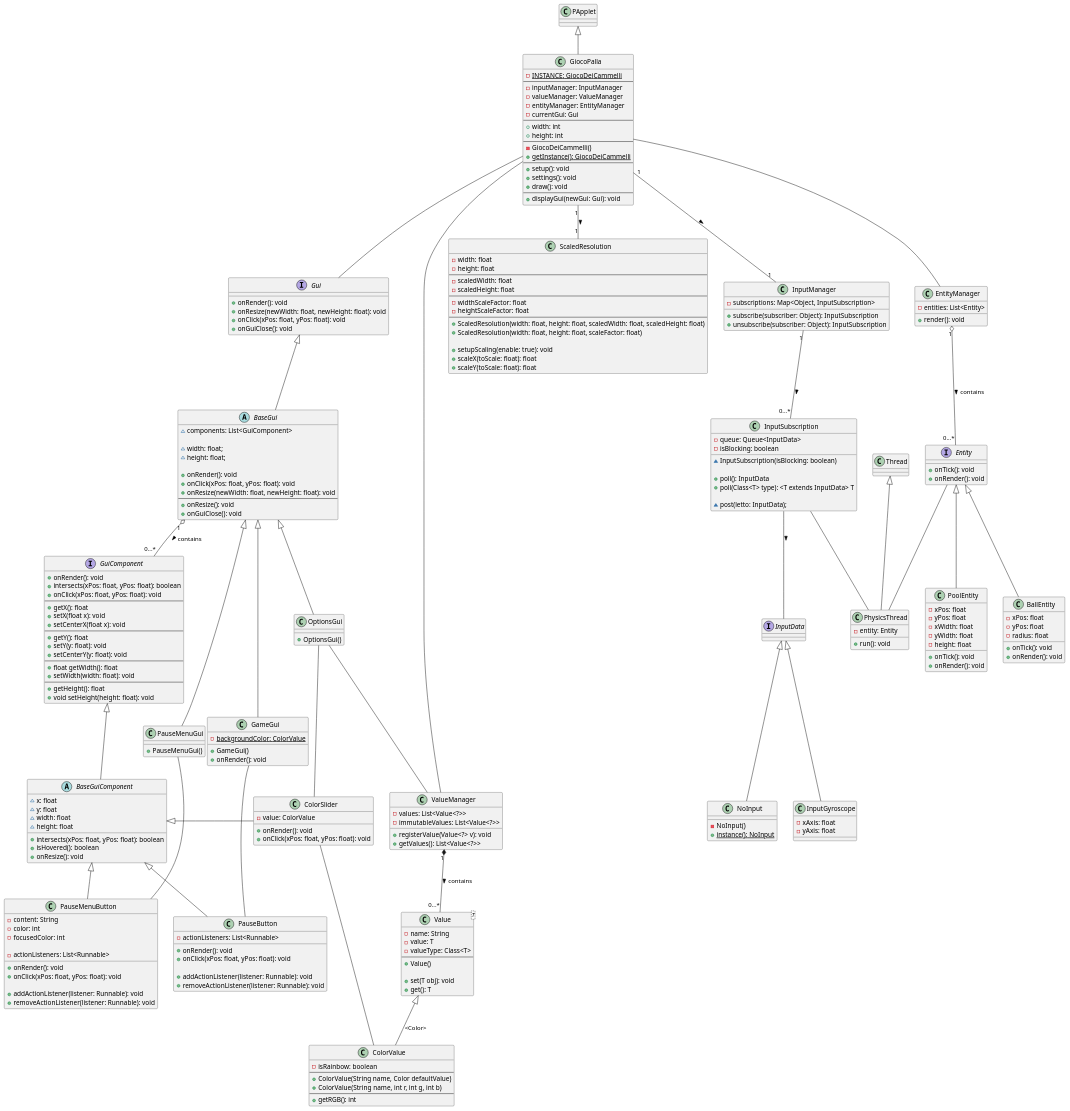
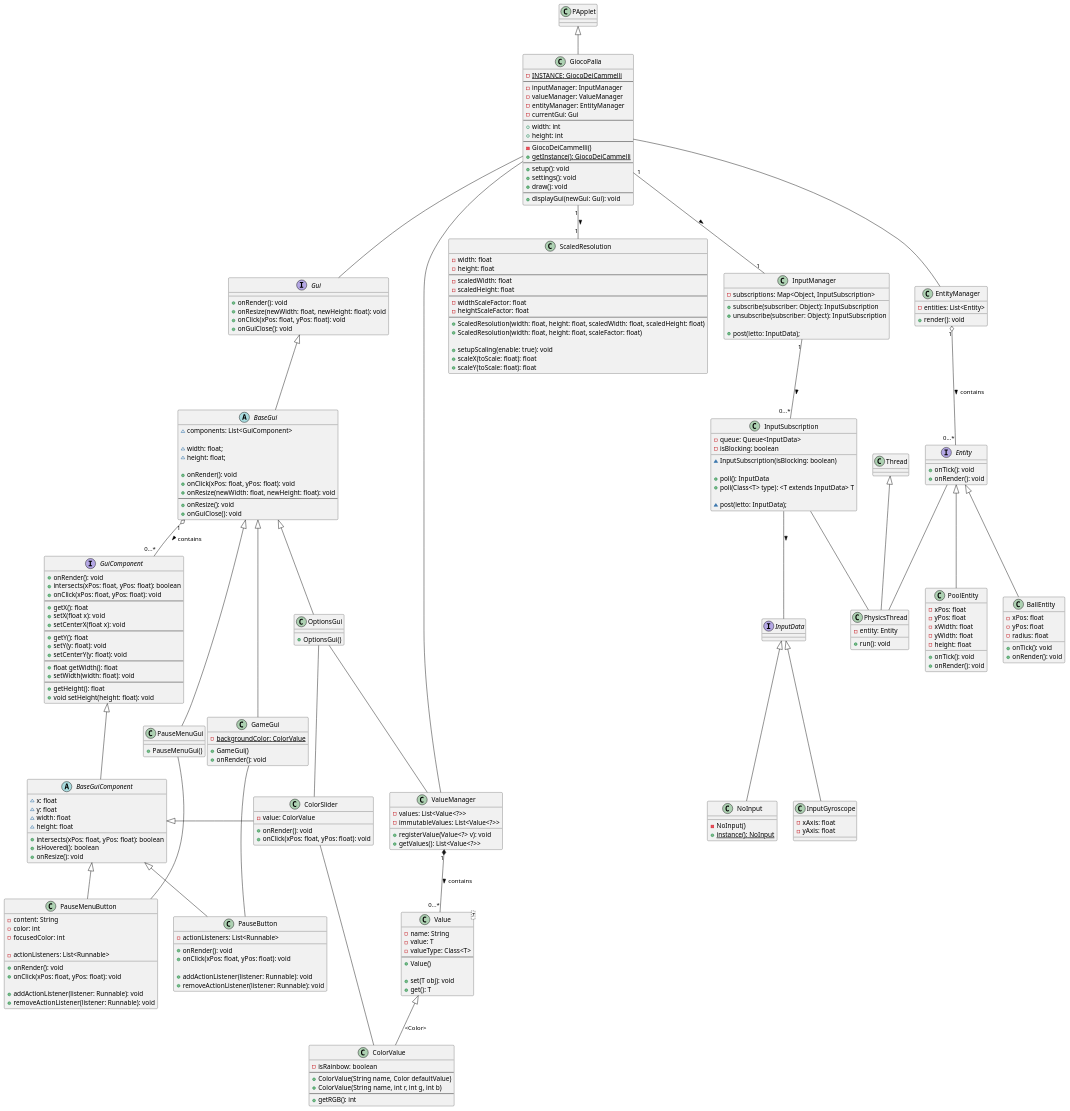
The diagram in docs/DIAGRAMMA_CLASSI.puml (Furrrlo/GiocoDeiCammelli), drawn with PlantUML before and after one commit. The commit also changed 2 other files, not shown here.

```diff
--- a/docs/DIAGRAMMA_CLASSI.puml
+++ b/docs/DIAGRAMMA_CLASSI.puml
@@ -57,6 +57,8 @@
 
     +subscribe(subscriber: Object): InputSubscription
     +unsubscribe(subscriber: Object): InputSubscription
+
+    +post(letto: InputData);
 }
 
 InputManager"1" -- "0...*"InputSubscription: >
```
